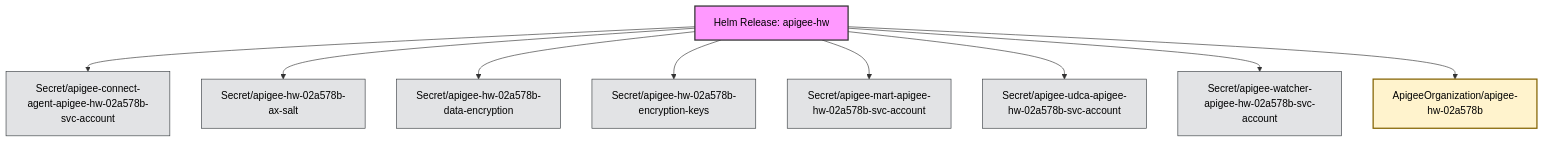
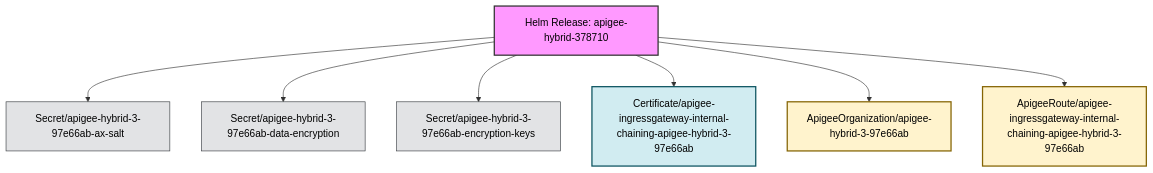
Before and after one commit to anaik91/apigee-hybrid-relationship-builder: the diagram in generated/apigee-org-1.15.0-shallow-all.md, drawn with Mermaid. The commit also changed other lines of this file and 60 other files, not shown here.

````diff
--- a/generated/apigee-org-1.15.0-shallow-all.md
+++ b/generated/apigee-org-1.15.0-shallow-all.md
@@ -11,41 +11,35 @@
 ```mermaid
 graph TD;
     classDef helm fill:#f9f,stroke:#333,stroke-width:2px,color:#000
     classDef workload fill:#cce5ff,stroke:#004085,stroke-width:1px,color:#000
     classDef network fill:#d4edda,stroke:#155724,stroke-width:1px,color:#000
     classDef config fill:#e2e3e5,stroke:#383d41,stroke-width:1px,color:#000
     classDef rbac fill:#f8d7da,stroke:#721c24,stroke-width:1px,color:#000
     classDef apigee_crd fill:#fff3cd,stroke:#856404,stroke-width:2px,color:#000
     classDef cert_manager_crd fill:#d1ecf1,stroke:#0c5460,stroke-width:2px,color:#000
     classDef webhook fill:#ddd,stroke:#333,stroke-width:2px,color:#000
     classDef default fill:#fff,stroke:#333,stroke-width:1px,color:#000
 
-    HelmReleaseapigeehw["Helm Release: apigee-hw"]
-    Secretapigeeconnectagentapigeehw02a578bsvcaccount["Secret/apigee-connect-agent-apigee-hw-02a578b-svc-account"]
-    Secretapigeehw02a578baxsalt["Secret/apigee-hw-02a578b-ax-salt"]
-    Secretapigeehw02a578bdataencryption["Secret/apigee-hw-02a578b-data-encryption"]
-    Secretapigeehw02a578bencryptionkeys["Secret/apigee-hw-02a578b-encryption-keys"]
-    Secretapigeemartapigeehw02a578bsvcaccount["Secret/apigee-mart-apigee-hw-02a578b-svc-account"]
-    Secretapigeeudcaapigeehw02a578bsvcaccount["Secret/apigee-udca-apigee-hw-02a578b-svc-account"]
-    Secretapigeewatcherapigeehw02a578bsvcaccount["Secret/apigee-watcher-apigee-hw-02a578b-svc-account"]
-    ApigeeOrganizationapigeehw02a578b["ApigeeOrganization/apigee-hw-02a578b"]
+    HelmReleaseapigeehybrid378710["Helm Release: apigee-hybrid-378710"]
+    Secretapigeehybrid397e66abaxsalt["Secret/apigee-hybrid-3-97e66ab-ax-salt"]
+    Secretapigeehybrid397e66abdataencryption["Secret/apigee-hybrid-3-97e66ab-data-encryption"]
+    Secretapigeehybrid397e66abencryptionkeys["Secret/apigee-hybrid-3-97e66ab-encryption-keys"]
+    Certificateapigeeingressgatewayinternalchainingapigeehybrid397e66ab["Certificate/apigee-ingressgateway-internal-chaining-apigee-hybrid-3-97e66ab"]
+    ApigeeOrganizationapigeehybrid397e66ab["ApigeeOrganization/apigee-hybrid-3-97e66ab"]
+    ApigeeRouteapigeeingressgatewayinternalchainingapigeehybrid397e66ab["ApigeeRoute/apigee-ingressgateway-internal-chaining-apigee-hybrid-3-97e66ab"]
 
-    class HelmReleaseapigeehw helm;
-    class Secretapigeeconnectagentapigeehw02a578bsvcaccount config;
-    class Secretapigeehw02a578baxsalt config;
-    class Secretapigeehw02a578bdataencryption config;
-    class Secretapigeehw02a578bencryptionkeys config;
-    class Secretapigeemartapigeehw02a578bsvcaccount config;
-    class Secretapigeeudcaapigeehw02a578bsvcaccount config;
-    class Secretapigeewatcherapigeehw02a578bsvcaccount config;
-    class ApigeeOrganizationapigeehw02a578b apigee_crd;
+    class HelmReleaseapigeehybrid378710 helm;
+    class Secretapigeehybrid397e66abaxsalt config;
+    class Secretapigeehybrid397e66abdataencryption config;
+    class Secretapigeehybrid397e66abencryptionkeys config;
+    class Certificateapigeeingressgatewayinternalchainingapigeehybrid397e66ab cert_manager_crd;
+    class ApigeeOrganizationapigeehybrid397e66ab apigee_crd;
+    class ApigeeRouteapigeeingressgatewayinternalchainingapigeehybrid397e66ab apigee_crd;
 
-    HelmReleaseapigeehw --> Secretapigeeconnectagentapigeehw02a578bsvcaccount
-    HelmReleaseapigeehw --> Secretapigeehw02a578baxsalt
-    HelmReleaseapigeehw --> Secretapigeehw02a578bdataencryption
-    HelmReleaseapigeehw --> Secretapigeehw02a578bencryptionkeys
-    HelmReleaseapigeehw --> Secretapigeemartapigeehw02a578bsvcaccount
-    HelmReleaseapigeehw --> Secretapigeeudcaapigeehw02a578bsvcaccount
-    HelmReleaseapigeehw --> Secretapigeewatcherapigeehw02a578bsvcaccount
-    HelmReleaseapigeehw --> ApigeeOrganizationapigeehw02a578b
+    HelmReleaseapigeehybrid378710 --> Secretapigeehybrid397e66abaxsalt
+    HelmReleaseapigeehybrid378710 --> Secretapigeehybrid397e66abdataencryption
+    HelmReleaseapigeehybrid378710 --> Secretapigeehybrid397e66abencryptionkeys
+    HelmReleaseapigeehybrid378710 --> Certificateapigeeingressgatewayinternalchainingapigeehybrid397e66ab
+    HelmReleaseapigeehybrid378710 --> ApigeeOrganizationapigeehybrid397e66ab
+    HelmReleaseapigeehybrid378710 --> ApigeeRouteapigeeingressgatewayinternalchainingapigeehybrid397e66ab
 ```
````
